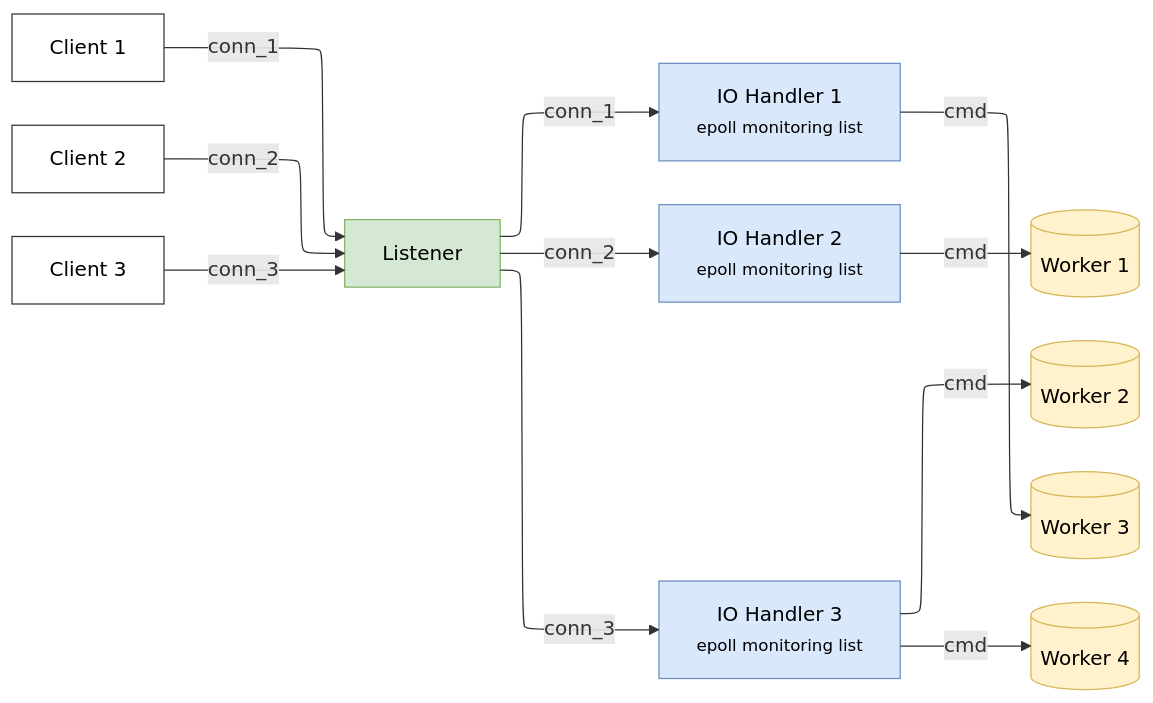
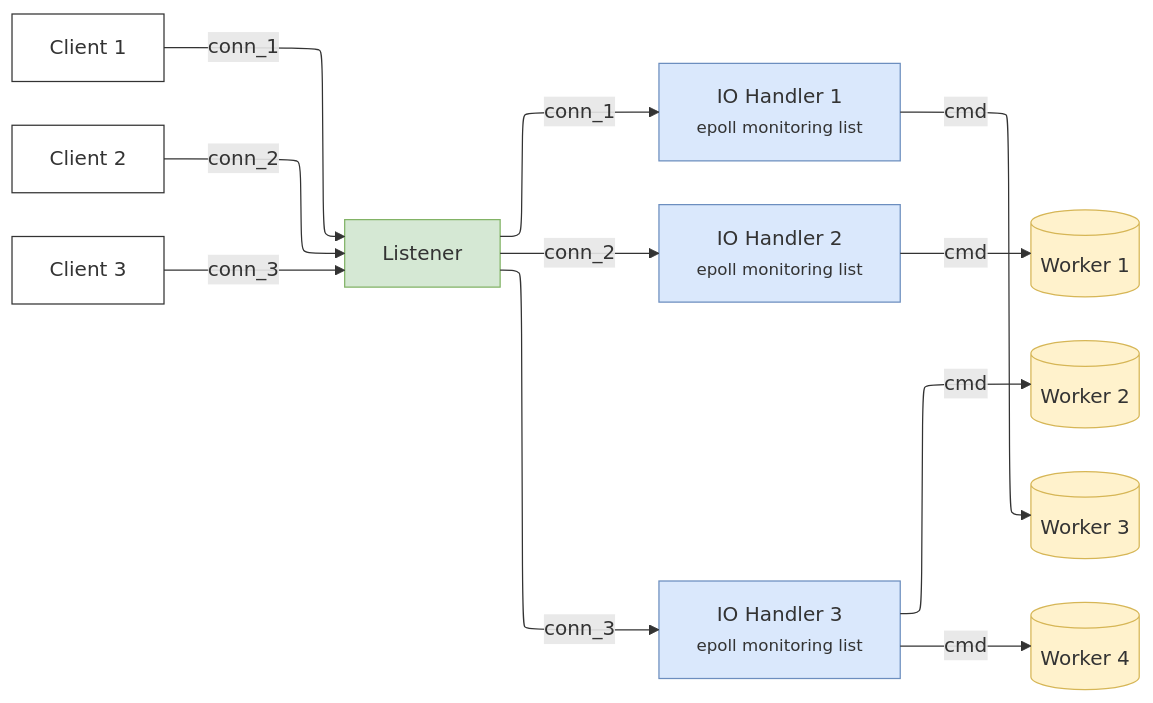
Before and after one commit to TimSing6584/Multithreaded-Redis: the fifth of 5 diagrams in README.md, drawn with Mermaid. The commit also changed other lines of this file, not shown here.

First line of the commit message:
Revert "Fix mermaid diagram color in dark mode"

````diff
--- a/README.md
+++ b/README.md
@@ -104,43 +104,43 @@
 ```mermaid
 ---
 config:
   layout: elk
   elk:
     forceNodeModelOrder: true
     considerModelOrder: NODES_AND_EDGES
 ---
 flowchart LR
     C1[Client 1]
     C2[Client 2]
     C3[Client 3]
     L[Listener]
     IO1["IO Handler 1<br/><small>epoll monitoring list</small>"]
     IO2["IO Handler 2<br/><small>epoll monitoring list</small>"]
     IO3["IO Handler 3<br/><small>epoll monitoring list</small>"]
     W1[(Worker 1)]
     W2[(Worker 2)]
     W3[(Worker 3)]
     W4[(Worker 4)]
 
     C1 -- conn_1 --> L
     C2 -- conn_2 --> L
     C3 -- conn_3 --> L
 
     L -- conn_1 --> IO1
     L -- conn_2 --> IO2
     L -- conn_3 --> IO3
 
     IO1 -- cmd --> W3
     IO2 -- cmd --> W1
     IO3 -- cmd --> W2
     IO3 -- cmd --> W4
 
-    classDef client fill:#fff,stroke:#333,color:#000
-    classDef listener fill:#d5e8d4,stroke:#82b366,color:#000
-    classDef io fill:#dae8fc,stroke:#6c8ebf,color:#000
-    classDef worker fill:#fff2cc,stroke:#d6b656,color:#000
+    classDef client fill:#fff,stroke:#333
+    classDef listener fill:#d5e8d4,stroke:#82b366
+    classDef io fill:#dae8fc,stroke:#6c8ebf
+    classDef worker fill:#fff2cc,stroke:#d6b656
     class C1,C2,C3 client
     class L listener
     class IO1,IO2,IO3 io
     class W1,W2,W3,W4 worker
 ```
````
